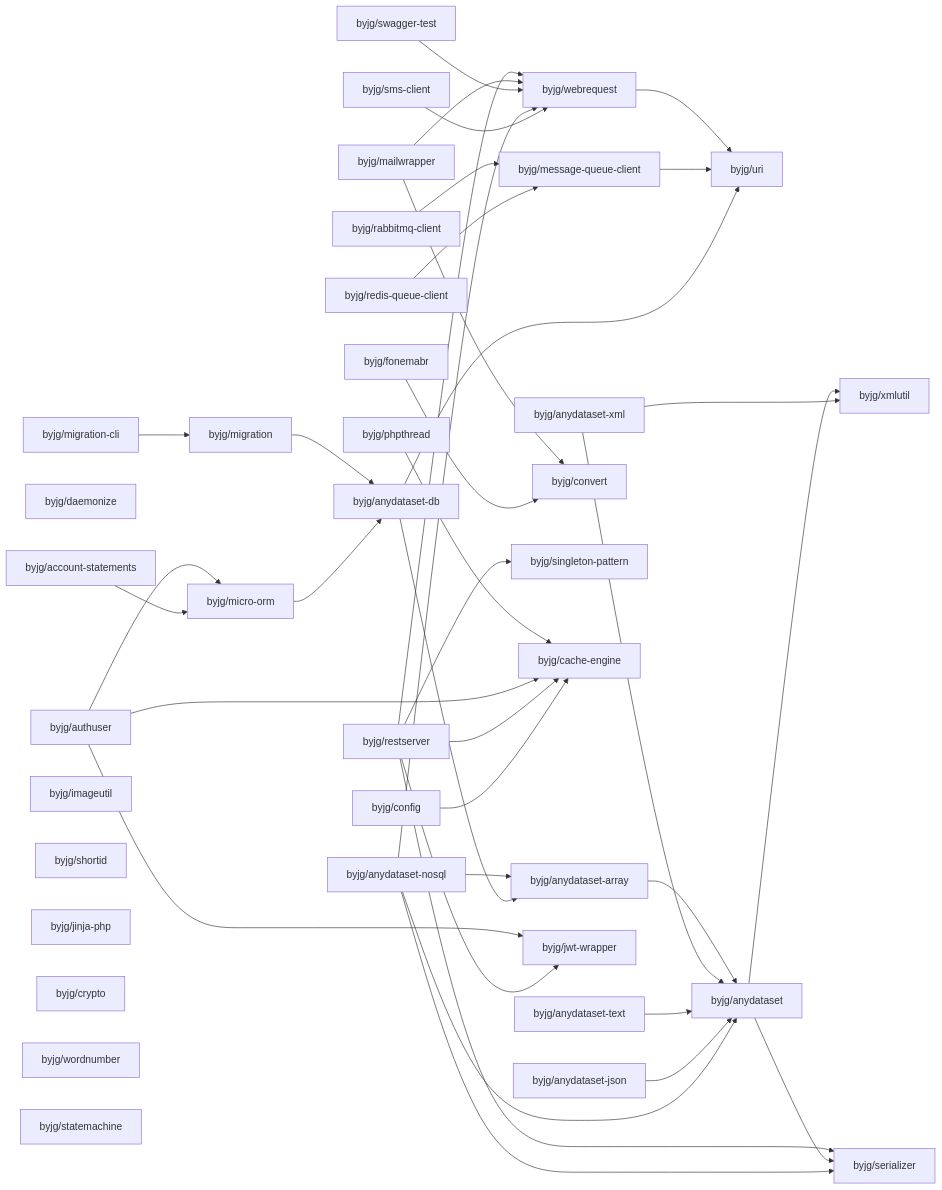
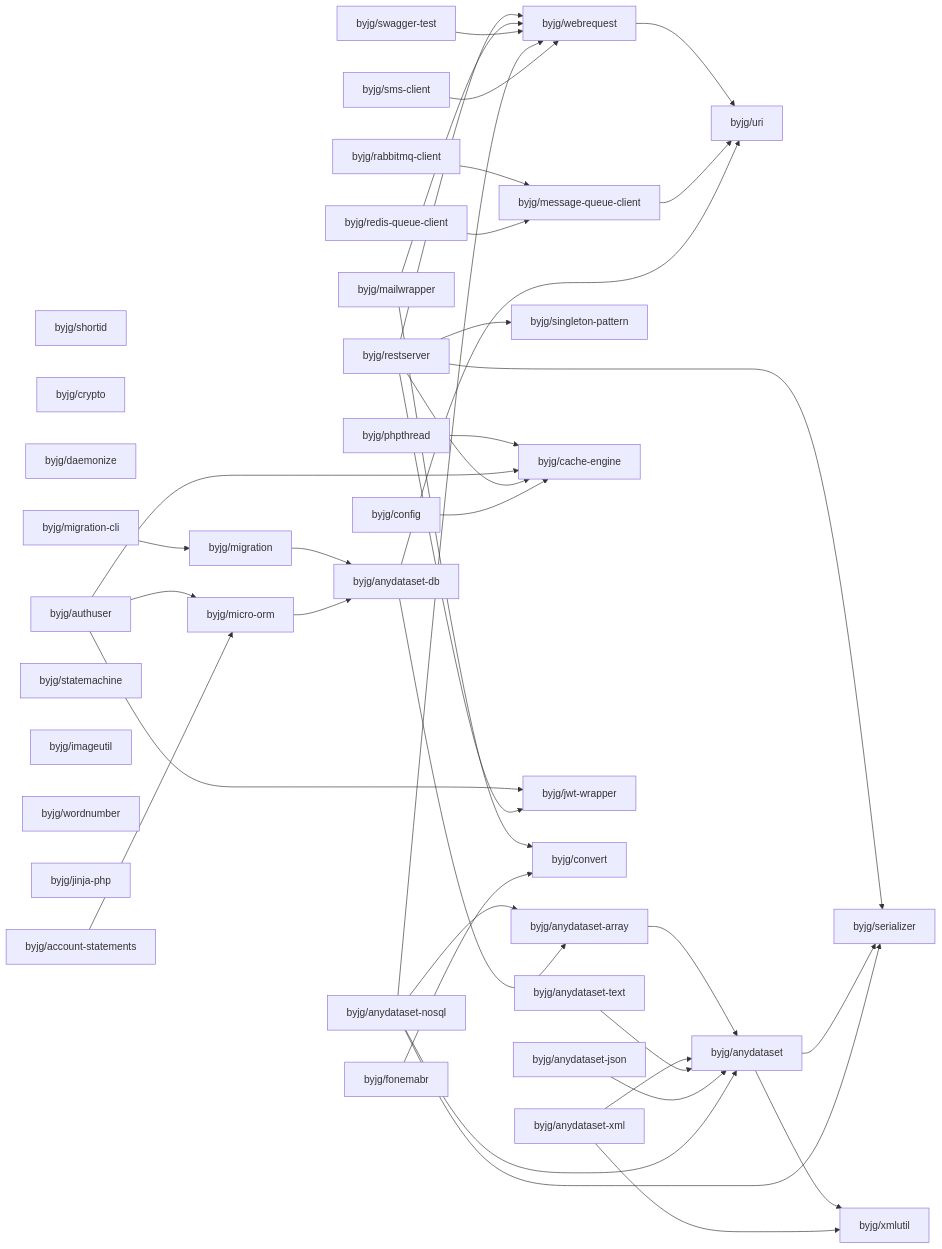
One commit to byjg/byjg.github.io changed the diagram in docs/php/README.md. Above: the diagram before and after it, drawn with Mermaid. The commit also changed other lines of this file and 1 other file, not shown here.

Commit message:
Update documentation 'php' 'php-anydataset-json'

````diff
--- a/docs/php/README.md
+++ b/docs/php/README.md
@@ -3,76 +3,76 @@
 ```mermaid
 graph LR;
+  byjg/redis-queue-client;
   byjg/anydataset-xml;
-  byjg/migration-cli;
-  byjg/mailwrapper;
+  byjg/fonemabr;
+  byjg/config;
+  byjg/restserver;
+  byjg/anydataset-nosql;
+  byjg/phpthread;
+  byjg/anydataset-text;
   byjg/swagger-test;
+  byjg/shortid;
+  byjg/crypto;
   byjg/daemonize;
   byjg/anydataset-json;
-  byjg/redis-queue-client;
-  byjg/anydataset-nosql;
+  byjg/rabbitmq-client;
+  byjg/account-statements;
+  byjg/migration-cli;
   byjg/sms-client;
+  byjg/statemachine;
+  byjg/imageutil;
+  byjg/wordnumber;
+  byjg/jinja-php;
   byjg/authuser;
-  byjg/account-statements;
-  byjg/imageutil;
-  byjg/shortid;
-  byjg/rabbitmq-client;
-  byjg/jinja-php;
-  byjg/crypto;
-  byjg/wordnumber;
-  byjg/phpthread;
-  byjg/config;
-  byjg/fonemabr;
-  byjg/anydataset-text;
-  byjg/restserver;
-  byjg/statemachine;
+  byjg/mailwrapper;
+  byjg/singleton-pattern;
+  byjg/message-queue-client;
   byjg/migration;
   byjg/micro-orm;
-  byjg/message-queue-client;
+  byjg/cache-engine;
+  byjg/jwt-wrapper;
   byjg/convert;
-  byjg/singleton-pattern;
-  byjg/cache-engine;
   byjg/webrequest;
-  byjg/jwt-wrapper;
   byjg/anydataset-db;
   byjg/anydataset-array;
   byjg/uri;
   byjg/anydataset;
   byjg/serializer;
   byjg/xmlutil;
   byjg/phpthread --> byjg/cache-engine;
   byjg/authuser --> byjg/micro-orm;
   byjg/authuser --> byjg/cache-engine;
   byjg/authuser --> byjg/jwt-wrapper;
   byjg/anydataset-array --> byjg/anydataset;
   byjg/restserver --> byjg/serializer;
   byjg/restserver --> byjg/singleton-pattern;
   byjg/restserver --> byjg/cache-engine;
   byjg/restserver --> byjg/webrequest;
   byjg/restserver --> byjg/jwt-wrapper;
   byjg/mailwrapper --> byjg/convert;
   byjg/mailwrapper --> byjg/webrequest;
   byjg/swagger-test --> byjg/webrequest;
   byjg/migration --> byjg/anydataset-db;
   byjg/account-statements --> byjg/micro-orm;
   byjg/anydataset --> byjg/serializer;
   byjg/anydataset --> byjg/xmlutil;
   byjg/fonemabr --> byjg/convert;
   byjg/anydataset-xml --> byjg/anydataset;
   byjg/anydataset-xml --> byjg/xmlutil;
   byjg/webrequest --> byjg/uri;
   byjg/config --> byjg/cache-engine;
   byjg/migration-cli --> byjg/migration;
   byjg/anydataset-text --> byjg/anydataset;
   byjg/micro-orm --> byjg/anydataset-db;
   byjg/message-queue-client --> byjg/uri;
   byjg/anydataset-json --> byjg/anydataset;
   byjg/anydataset-nosql --> byjg/anydataset;
   byjg/anydataset-nosql --> byjg/anydataset-array;
   byjg/anydataset-nosql --> byjg/serializer;
   byjg/anydataset-nosql --> byjg/webrequest;
   byjg/anydataset-db --> byjg/anydataset-array;
   byjg/anydataset-db --> byjg/uri;
   byjg/rabbitmq-client --> byjg/message-queue-client;
   byjg/redis-queue-client --> byjg/message-queue-client;
   byjg/sms-client --> byjg/webrequest;
 ```
````
